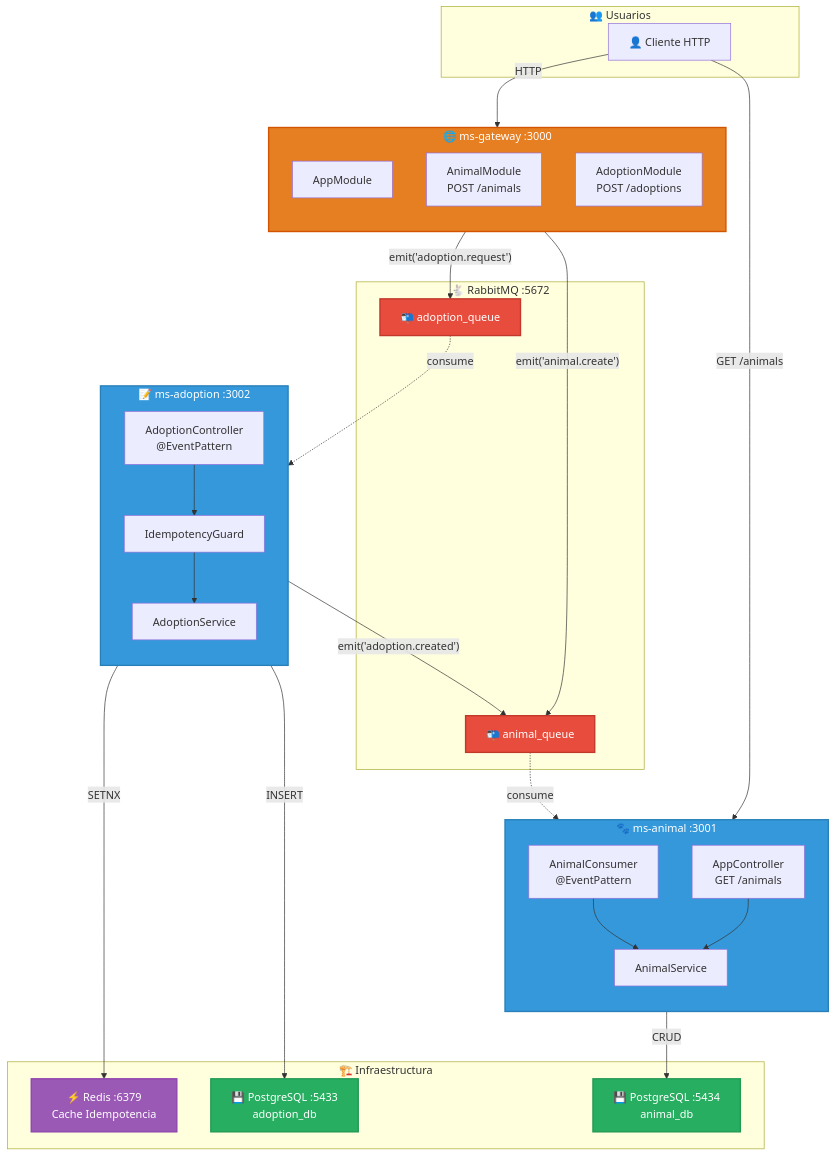
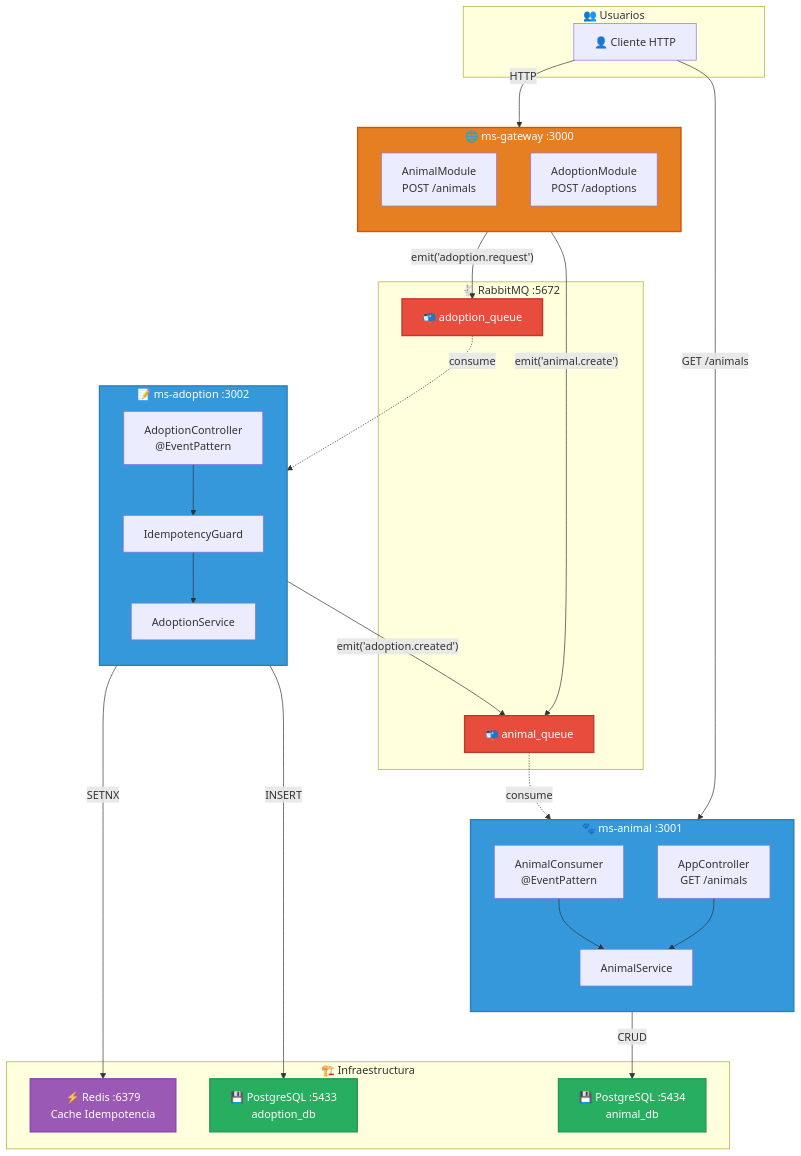
One commit to justinz12xd/practicaweb-resilencia changed the first of 3 diagrams in README.md. Above: the diagram before and after it, drawn with Mermaid. The commit also changed 39 other files, not shown here.

```diff
--- a/README.md
+++ b/README.md
@@ -12,7 +12,6 @@
     %% --- API GATEWAY ---
     subgraph GATEWAY ["🌐 ms-gateway :3000"]
         direction TB
-        GW_APP["AppModule"]
         GW_ANIMAL["AnimalModule<br/>POST /animals"]
         GW_ADOPT["AdoptionModule<br/>POST /adoptions"]
     end
```
